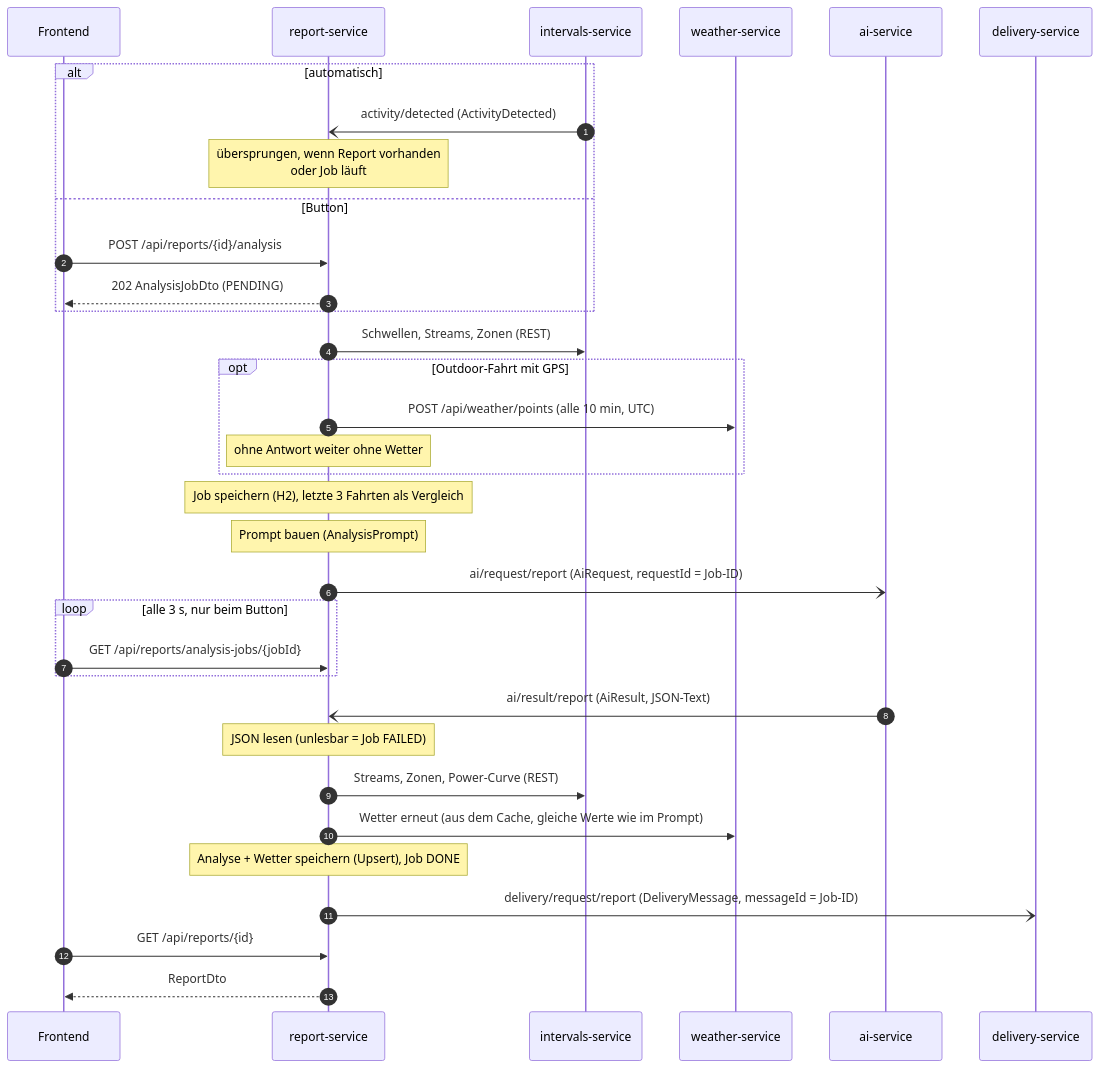
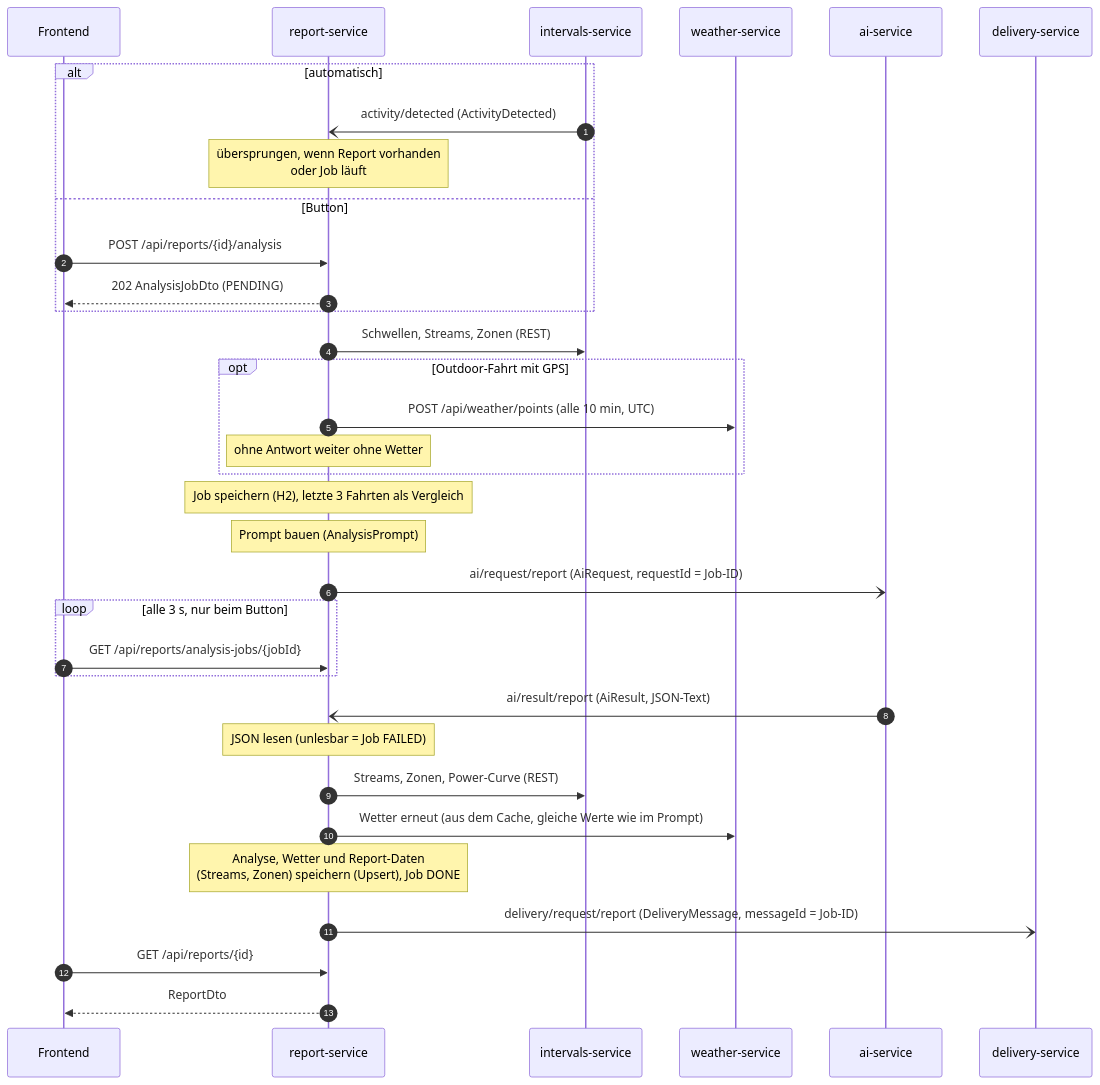
The second of 6 diagrams in docs/datenfluesse.md (KlinkerD/Cycling_AI_Analyzer), drawn with Mermaid before and after one commit. The commit also changed other lines of this file and 31 other files, not shown here.

Commit message:
Migrate `ReportStreamsClient` usage to `IntervalsStreamsClient`, introduce report snapshots for offline data access, and enhance report freshness with new refresh logic.

````diff
--- a/docs/datenfluesse.md
+++ b/docs/datenfluesse.md
@@ -57,37 +57,37 @@
 ```mermaid
 sequenceDiagram
     autonumber
     participant FE as Frontend
     participant RS as report-service
     participant IS as intervals-service
     participant WS as weather-service
     participant AI as ai-service
     participant DS as delivery-service
 
     alt automatisch
         IS-)RS: activity/detected (ActivityDetected)
         Note over RS: übersprungen, wenn Report vorhanden<br/>oder Job läuft
     else Button
         FE->>RS: POST /api/reports/{id}/analysis
         RS-->>FE: 202 AnalysisJobDto (PENDING)
     end
     RS->>IS: Schwellen, Streams, Zonen (REST)
     opt Outdoor-Fahrt mit GPS
         RS->>WS: POST /api/weather/points (alle 10 min, UTC)
         Note over RS: ohne Antwort weiter ohne Wetter
     end
     Note over RS: Job speichern (H2), letzte 3 Fahrten als Vergleich
     Note over RS: Prompt bauen (AnalysisPrompt)
     RS-)AI: ai/request/report (AiRequest, requestId = Job-ID)
     loop alle 3 s, nur beim Button
         FE->>RS: GET /api/reports/analysis-jobs/{jobId}
     end
     AI-)RS: ai/result/report (AiResult, JSON-Text)
     Note over RS: JSON lesen (unlesbar = Job FAILED)
     RS->>IS: Streams, Zonen, Power-Curve (REST)
     RS->>WS: Wetter erneut (aus dem Cache, gleiche Werte wie im Prompt)
-    Note over RS: Analyse + Wetter speichern (Upsert), Job DONE
+    Note over RS: Analyse, Wetter und Report-Daten<br/>(Streams, Zonen) speichern (Upsert), Job DONE
     RS-)DS: delivery/request/report (DeliveryMessage, messageId = Job-ID)
     FE->>RS: GET /api/reports/{id}
     RS-->>FE: ReportDto
 ```
````
